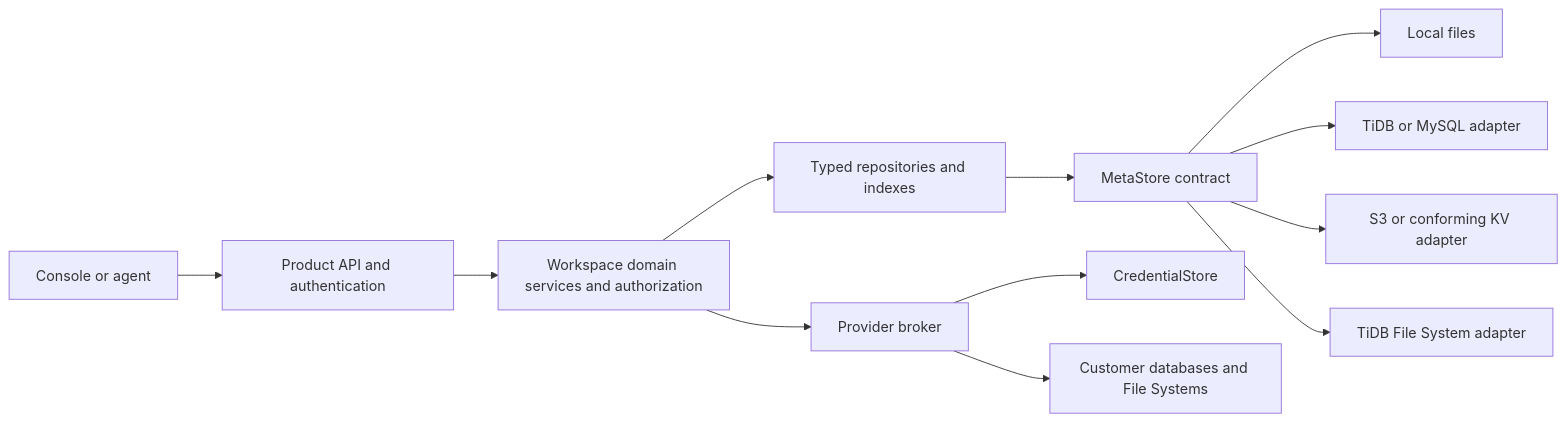
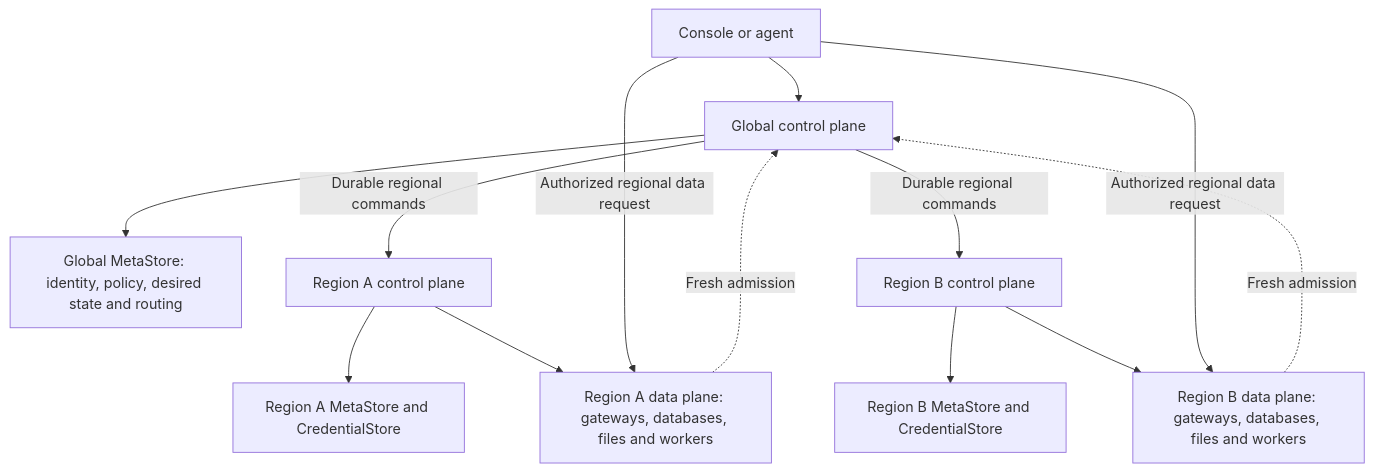
One commit to mem9-ai/tidb-agentspace changed the diagram in specs/gh-74/spec.md. Above: the diagram before and after it, drawn with Mermaid. The commit also changed other lines of this file and 4 other files, not shown here.

Commit message:
docs(control-plane): define global and regional authorities

````diff
--- a/specs/gh-74/spec.md
+++ b/specs/gh-74/spec.md
@@ -56,14 +58,15 @@
 ```mermaid
-flowchart LR
-  C[Console or agent] --> A[Product API and authentication]
-  A --> D[Workspace domain services and authorization]
-  D --> R[Typed repositories and indexes]
-  R --> M[MetaStore contract]
-  M --> F[Local files]
-  M --> Q[TiDB or MySQL adapter]
-  M --> O[S3 or conforming KV adapter]
-  M --> T[TiDB File System adapter]
-  D --> B[Provider broker]
-  B --> V[CredentialStore]
-  B --> P[Customer databases and File Systems]
+flowchart TB
+  C[Console or agent] --> G[Global control plane]
+  G --> GM[Global MetaStore: identity, policy, desired state and routing]
+  G -->|Durable regional commands| RA[Region A control plane]
+  G -->|Durable regional commands| RB[Region B control plane]
+  RA --> RM[Region A MetaStore and CredentialStore]
+  RB --> RN[Region B MetaStore and CredentialStore]
+  RA --> DA[Region A data plane: gateways, databases, files and workers]
+  RB --> DB[Region B data plane: gateways, databases, files and workers]
+  C -->|Authorized regional data request| DA
+  C -->|Authorized regional data request| DB
+  DA -. Fresh admission .-> G
+  DB -. Fresh admission .-> G
 ```
````
